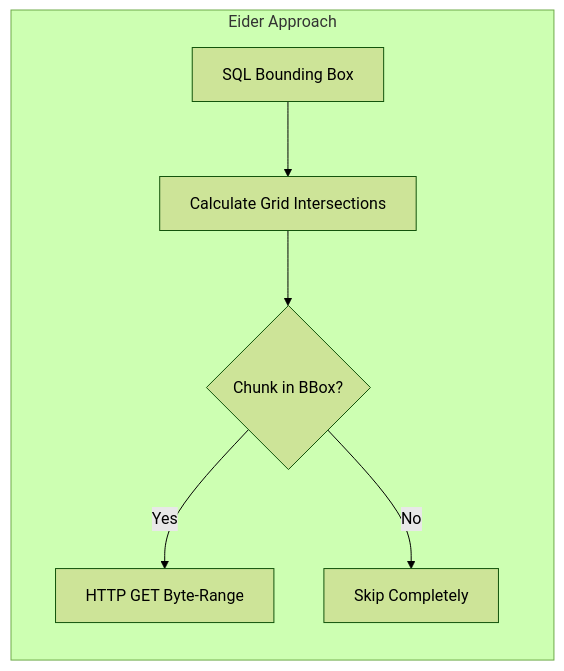
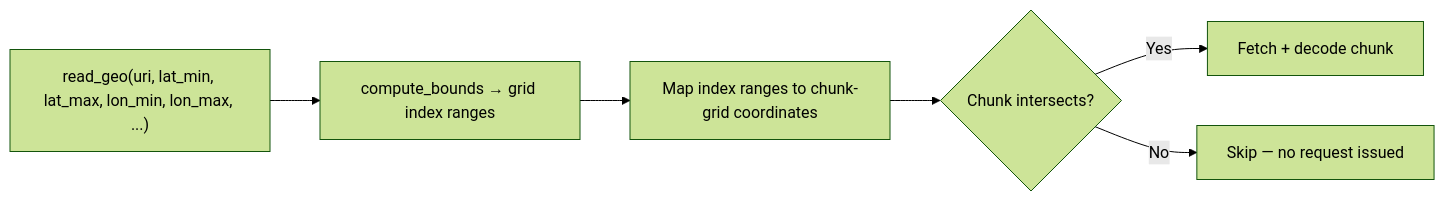
The diagram in docs/docs/engineering/spatial_pruning.mdx (dnf0/zarrduck), drawn with Mermaid (forest theme) before and after one commit. The commit also changed other lines of this file, not shown here.

Commit message:
docs: deepen spatial pruning page with the real index/chunk logic

````diff
--- a/docs/docs/engineering/spatial_pruning.mdx
+++ b/docs/docs/engineering/spatial_pruning.mdx
@@ -5,9 +8,8 @@
 ```mermaid
 graph LR
-    subgraph Eider Approach
-    A[SQL Bounding Box] --> B[Calculate Grid Intersections]
-    B --> C{Chunk in BBox?}
-    C -- Yes --> D[HTTP GET Byte-Range]
-    C -- No --> E[Skip Completely]
-    end
+    A["read_geo(uri, lat_min, lat_max, lon_min, lon_max, ...)"] --> B[compute_bounds → grid index ranges]
+    B --> C[Map index ranges to chunk-grid coordinates]
+    C --> D{Chunk intersects?}
+    D -- Yes --> E[Fetch + decode chunk]
+    D -- No --> F[Skip — no request issued]
 ```
````
